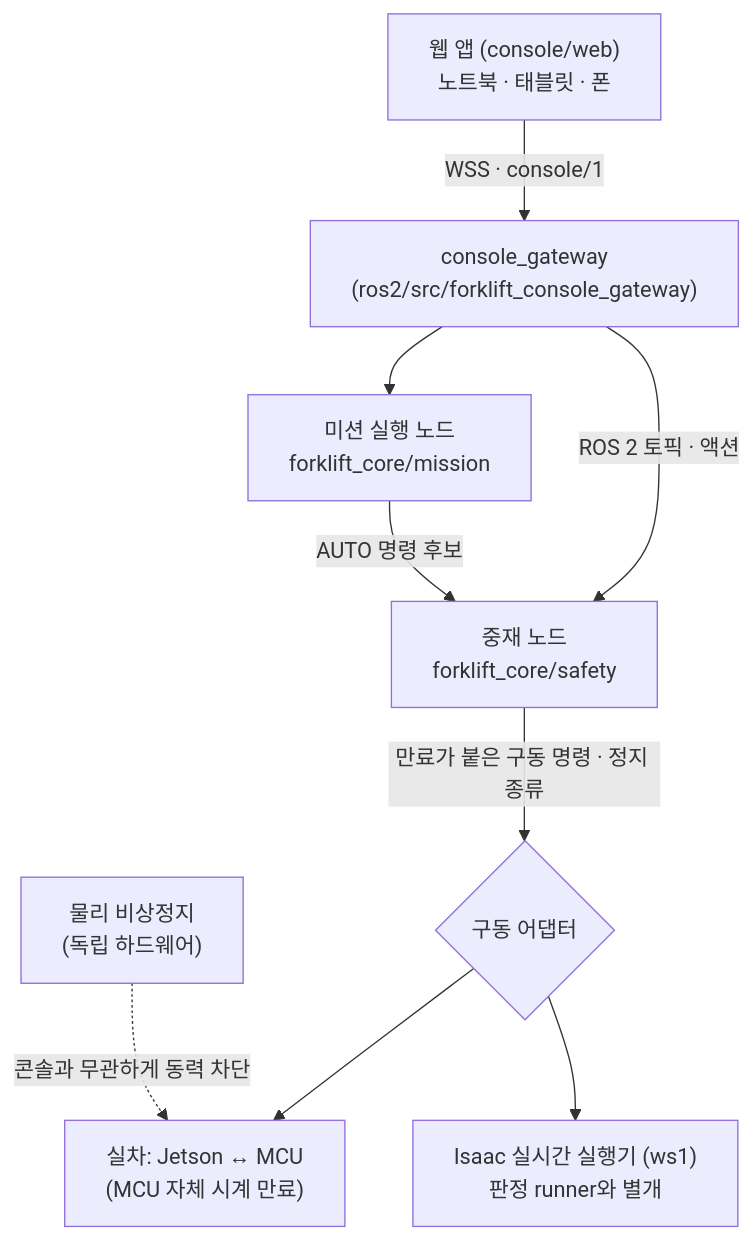
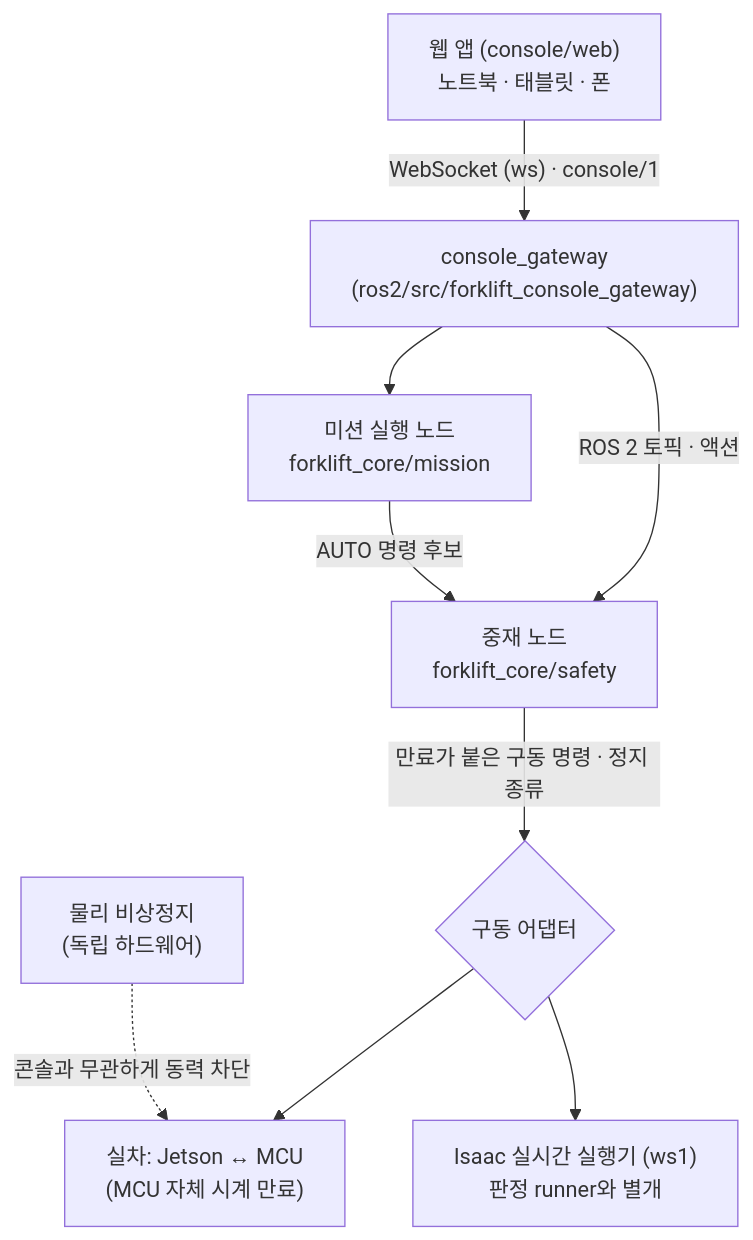
Before and after one commit to lightminn/forklift: the diagram in docs/design/2026-10-13-operator-console.md, drawn with Mermaid. The commit also changed other lines of this file and 1 other file, not shown here.

````diff
--- a/docs/design/2026-10-13-operator-console.md
+++ b/docs/design/2026-10-13-operator-console.md
@@ -40,11 +42,11 @@
 ```mermaid
 flowchart TB
-  W["웹 앱 (console/web)<br/>노트북 · 태블릿 · 폰"] -- "WSS · console/1" --> G["console_gateway<br/>(ros2/src/forklift_console_gateway)"]
+  W["웹 앱 (console/web)<br/>노트북 · 태블릿 · 폰"] -- "WebSocket (ws) · console/1" --> G["console_gateway<br/>(ros2/src/forklift_console_gateway)"]
   G -- "ROS 2 토픽 · 액션" --> A["중재 노드<br/>forklift_core/safety"]
   G --> M["미션 실행 노드<br/>forklift_core/mission"]
   M -- "AUTO 명령 후보" --> A
   A -- "만료가 붙은 구동 명령 · 정지 종류" --> D{"구동 어댑터"}
   D --> R["실차: Jetson ↔ MCU<br/>(MCU 자체 시계 만료)"]
   D --> I["Isaac 실시간 실행기 (ws1)<br/>판정 runner와 별개"]
   E["물리 비상정지<br/>(독립 하드웨어)"] -. "콘솔과 무관하게 동력 차단" .-> R
 ```
````
